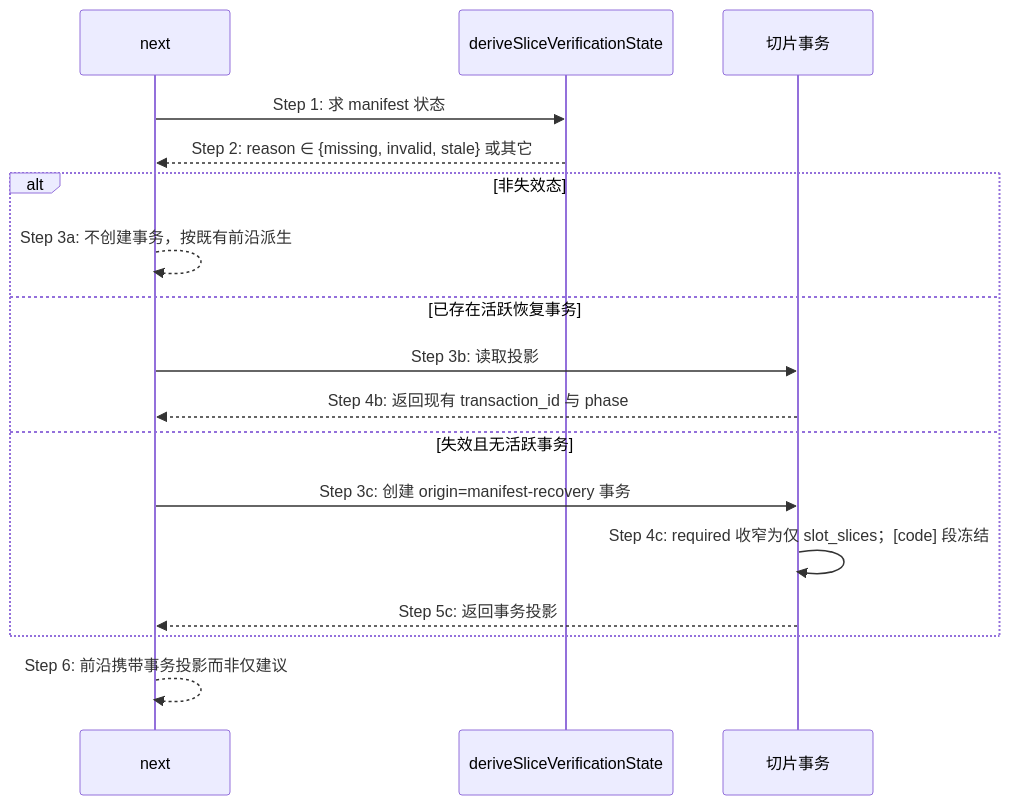
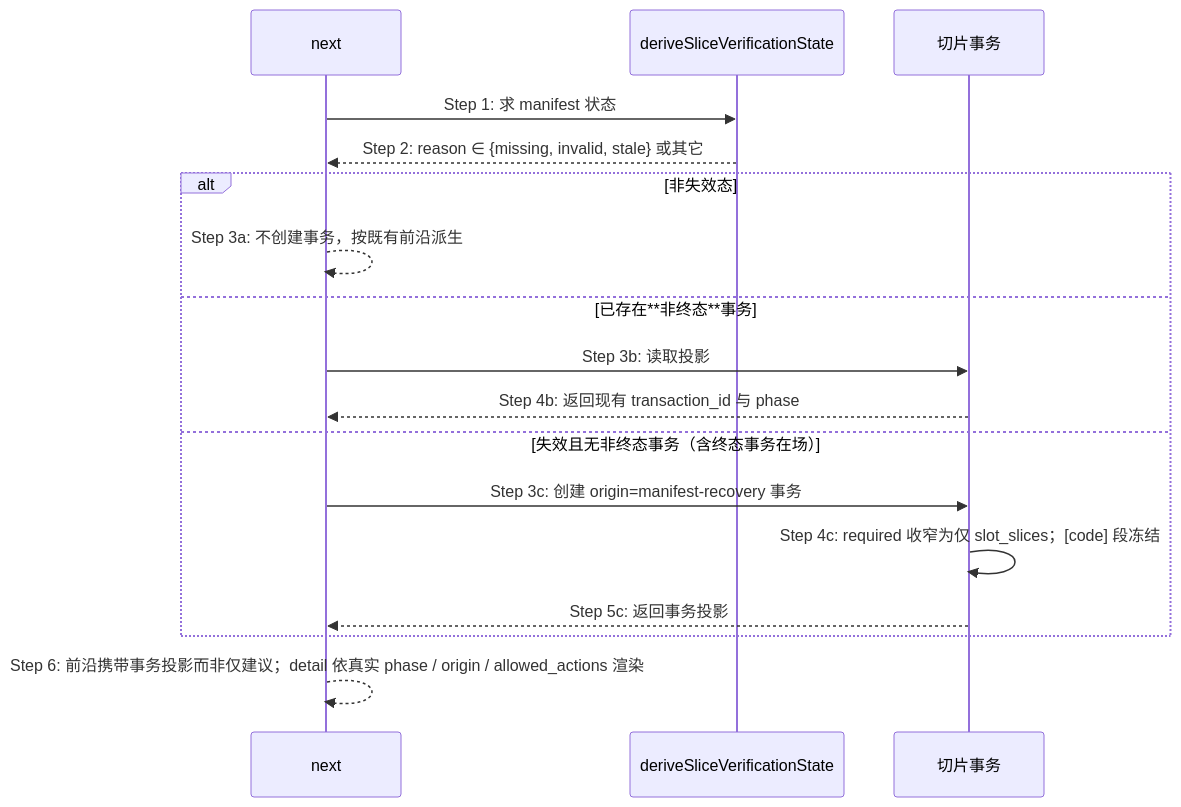
The second of 2 diagrams in logos/resources/prd/3-technical-plan/2-scenario-implementation/core-S28-next-node.md (miniidealab/openlogos), drawn with Mermaid before and after one commit. The commit also changed other lines of this file and 11 other files, not shown here.

````diff
--- a/logos/resources/prd/3-technical-plan/2-scenario-implementation/core-S28-next-node.md
+++ b/logos/resources/prd/3-technical-plan/2-scenario-implementation/core-S28-next-node.md
@@ -105,20 +106,20 @@
 ```mermaid
 sequenceDiagram
     participant N as next
     participant V as deriveSliceVerificationState
     participant T as 切片事务
 
     N->>V: Step 1: 求 manifest 状态
     V-->>N: Step 2: reason ∈ {missing, invalid, stale} 或其它
     alt 非失效态
         N-->>N: Step 3a: 不创建事务，按既有前沿派生
-    else 已存在活跃恢复事务
+    else 已存在**非终态**事务
         N->>T: Step 3b: 读取投影
         T-->>N: Step 4b: 返回现有 transaction_id 与 phase
-    else 失效且无活跃事务
+    else 失效且无非终态事务（含终态事务在场）
         N->>T: Step 3c: 创建 origin=manifest-recovery 事务
         T->>T: Step 4c: required 收窄为仅 slot_slices；[code] 段冻结
         T-->>N: Step 5c: 返回事务投影
     end
-    N-->>N: Step 6: 前沿携带事务投影而非仅建议
+    N-->>N: Step 6: 前沿携带事务投影而非仅建议；detail 依真实 phase / origin / allowed_actions 渲染
 ```
````
